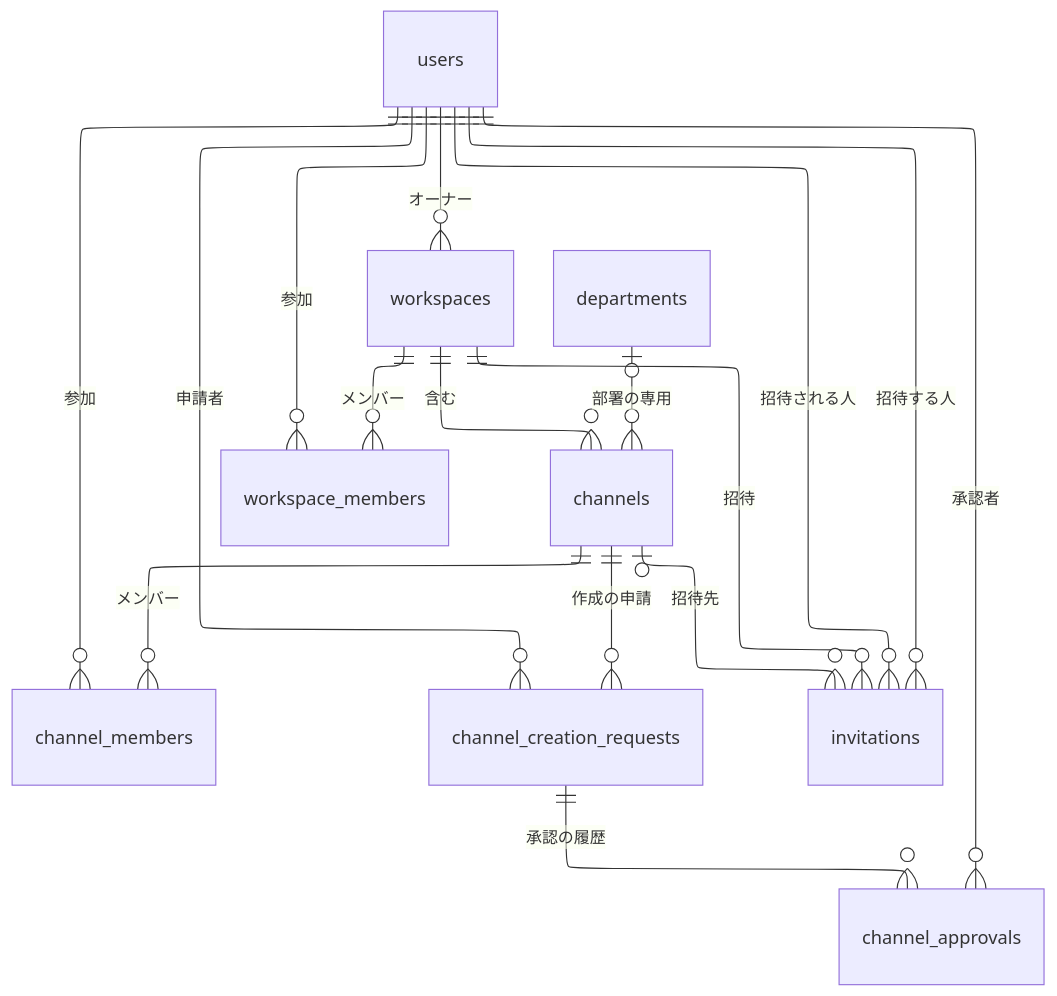
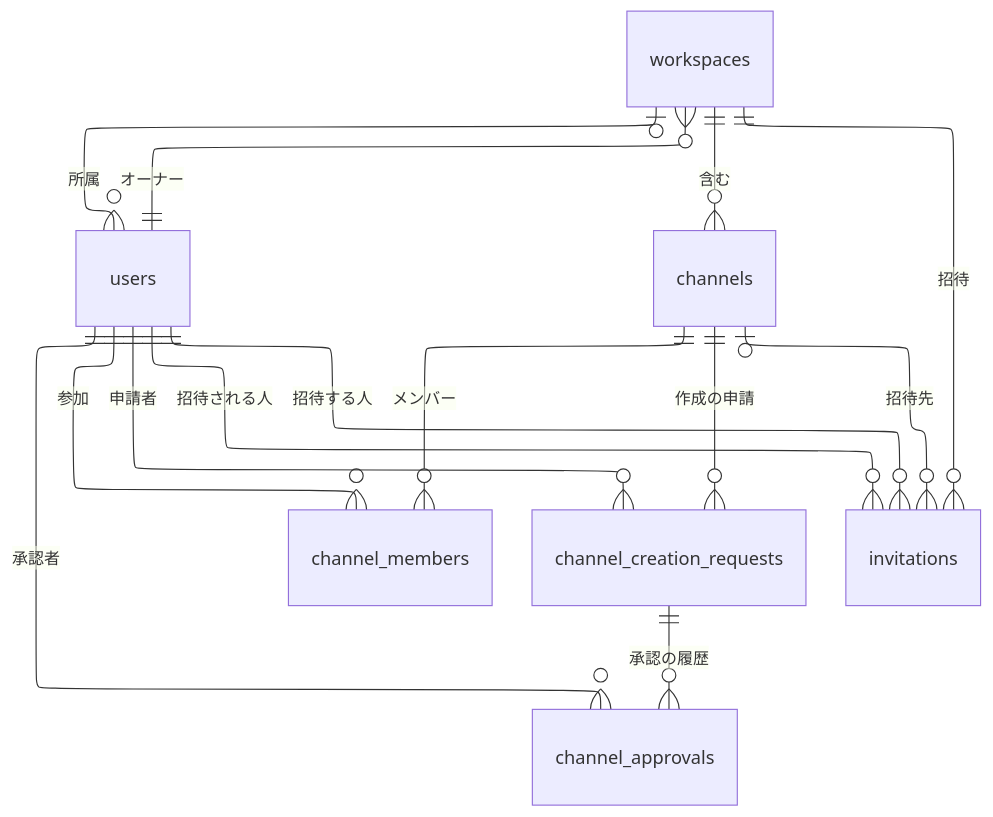
The second of 8 diagrams in docs/requirements/data-model.md (yamamotonaoki3/internal-system), drawn with Mermaid before and after one commit. The commit also changed other lines of this file, not shown here.

````diff
--- a/docs/requirements/data-model.md
+++ b/docs/requirements/data-model.md
@@ -39,22 +49,20 @@
 ```mermaid
 ---
 config:
   layout: elk
 ---
 erDiagram
     users ||--o{ workspaces : "オーナー"
-    workspaces ||--o{ workspace_members : "メンバー"
-    users ||--o{ workspace_members : "参加"
+    workspaces |o--o{ users : "所属"
     workspaces ||--o{ channels : "含む"
-    departments |o--o{ channels : "部署の専用"
     channels ||--o{ channel_members : "メンバー"
     users ||--o{ channel_members : "参加"
     channels ||--o{ channel_creation_requests : "作成の申請"
     channel_creation_requests ||--o{ channel_approvals : "承認の履歴"
     users ||--o{ channel_creation_requests : "申請者"
     users ||--o{ channel_approvals : "承認者"
     workspaces ||--o{ invitations : "招待"
     channels |o--o{ invitations : "招待先"
     users ||--o{ invitations : "招待する人"
     users ||--o{ invitations : "招待される人"
 ```
````
